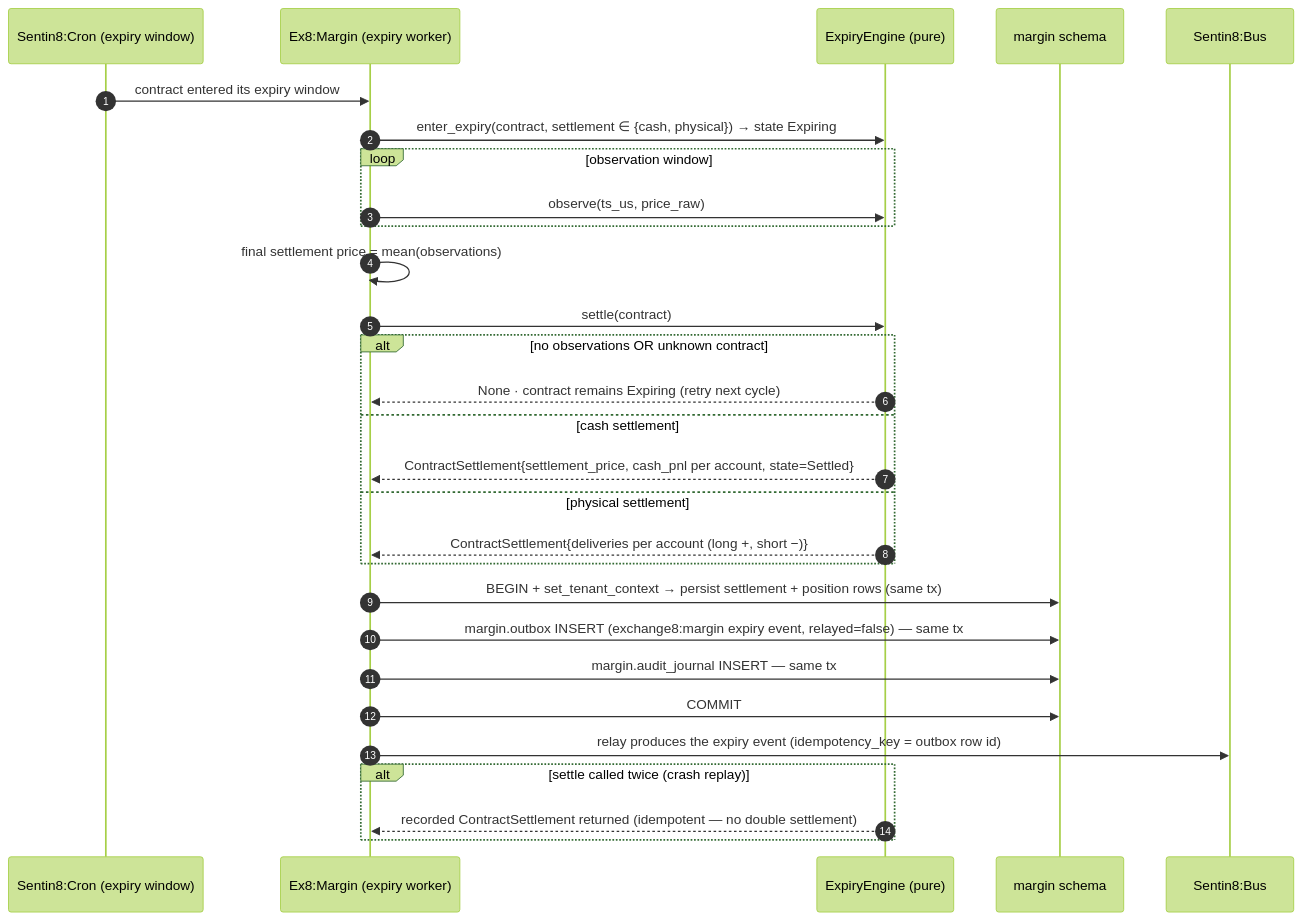
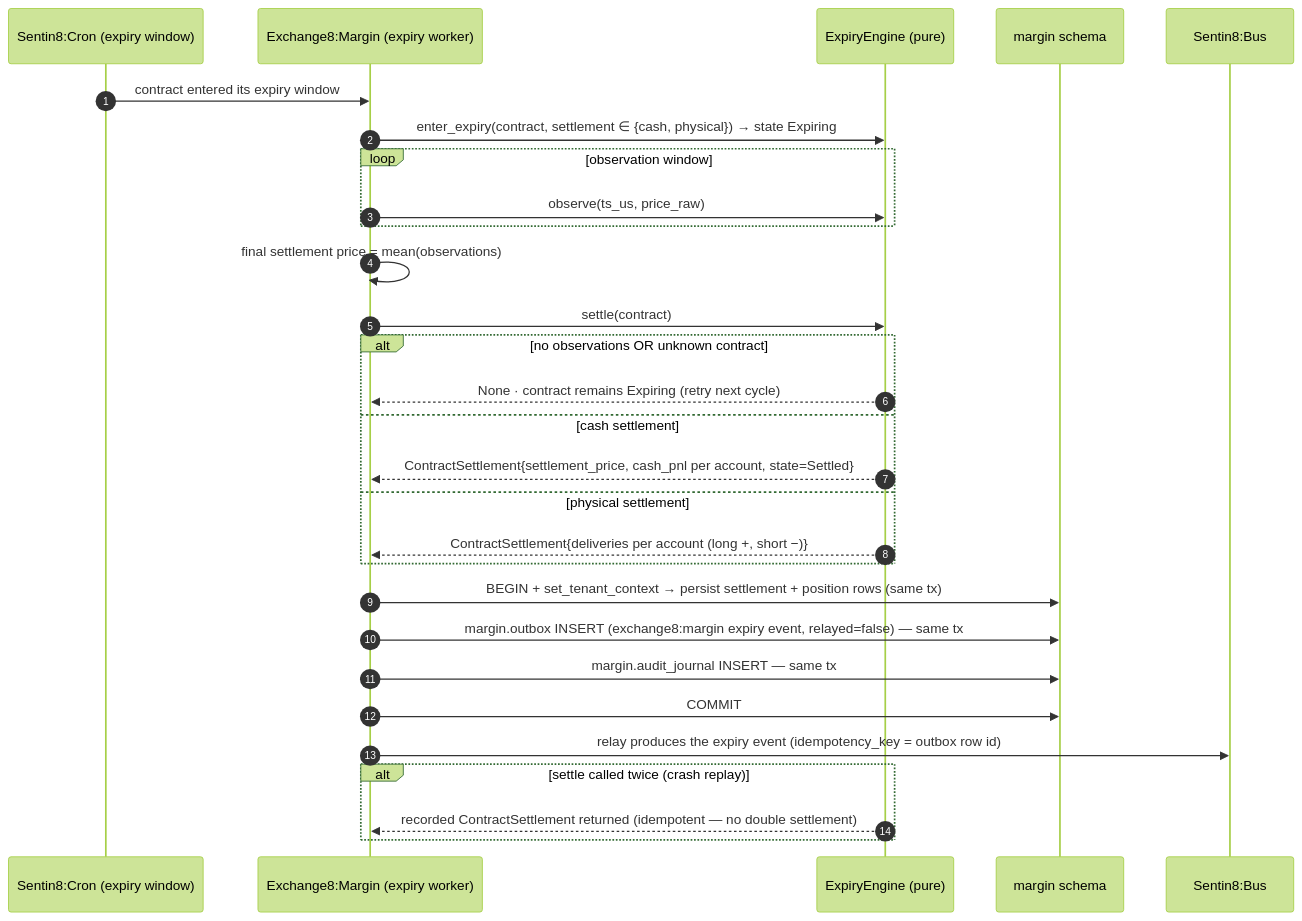
One commit to Exchange8-dev/exchange8-margin changed the seventh of 17 diagrams in DESIGN.md. Above: the diagram before and after it, drawn with Mermaid (forest theme). The commit also changed other lines of this file and 10 other files, not shown here.

````diff
--- a/DESIGN.md
+++ b/DESIGN.md
@@ -285,32 +285,32 @@
 ```mermaid
 sequenceDiagram
     autonumber
     participant CR as Sentin8:Cron (expiry window)
-    participant MG as Ex8:Margin (expiry worker)
+    participant MG as Exchange8:Margin (expiry worker)
     participant EXP as ExpiryEngine (pure)
     participant DB as margin schema
     participant BUS as Sentin8:Bus
 
     CR->>MG: contract entered its expiry window
     MG->>EXP: enter_expiry(contract, settlement ∈ {cash, physical}) → state Expiring
     loop observation window
         MG->>EXP: observe(ts_us, price_raw)
     end
     MG->>MG: final settlement price = mean(observations)
     MG->>EXP: settle(contract)
     alt no observations OR unknown contract
         EXP-->>MG: None · contract remains Expiring (retry next cycle)
     else cash settlement
         EXP-->>MG: ContractSettlement{settlement_price, cash_pnl per account, state=Settled}
     else physical settlement
         EXP-->>MG: ContractSettlement{deliveries per account (long +, short −)}
     end
     MG->>DB: BEGIN + set_tenant_context → persist settlement + position rows (same tx)
     MG->>DB: margin.outbox INSERT (exchange8:margin expiry event, relayed=false) — same tx
     MG->>DB: margin.audit_journal INSERT — same tx
     MG->>DB: COMMIT
     MG->>BUS: relay produces the expiry event (idempotency_key = outbox row id)
     alt settle called twice (crash replay)
         EXP-->>MG: recorded ContractSettlement returned (idempotent — no double settlement)
     end
 ```
````
